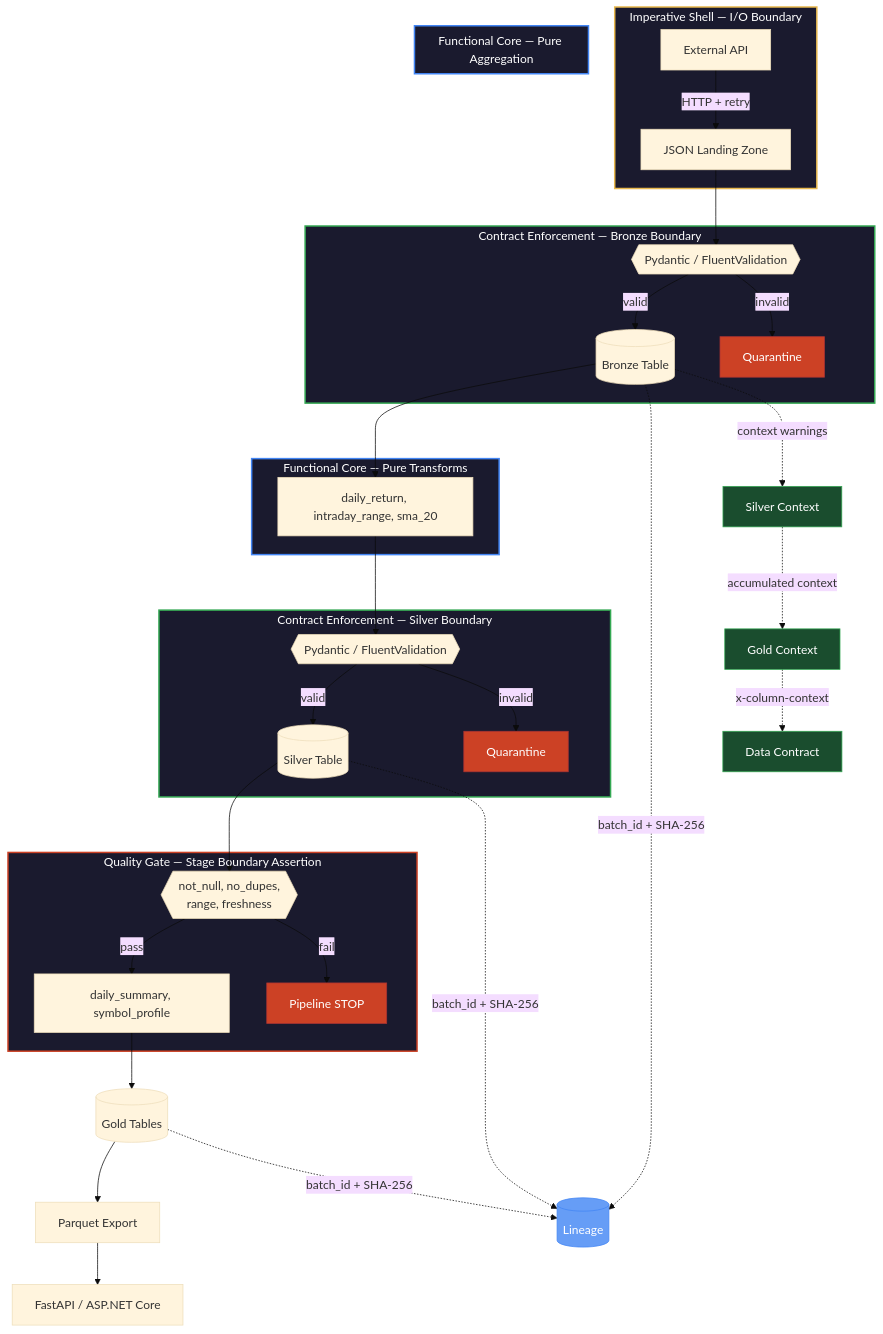
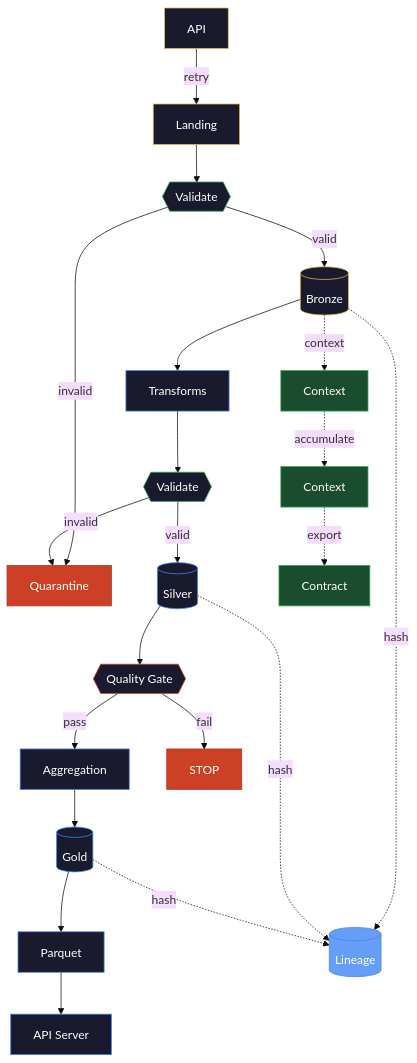
The diagram in content/14-Data-Architecture/Pipeline-Patterns/functional-pipeline-architecture.md (alp78/elysium), drawn with Mermaid (base theme) before and after one commit. The commit also changed 1 other file, not shown here.

Commit message:
Sync Vault

````diff
--- a/content/14-Data-Architecture/Pipeline-Patterns/functional-pipeline-architecture.md
+++ b/content/14-Data-Architecture/Pipeline-Patterns/functional-pipeline-architecture.md
@@ -58,58 +58,44 @@
 ```mermaid
 flowchart TB
-    subgraph FETCH["Imperative Shell — I/O Boundary"]
-        API[External API] -->|HTTP + retry| LAND[JSON Landing Zone]
-    end
+    API[API] -->|retry| LAND[Landing]
+    LAND --> VAL_B{{Validate}}
+    VAL_B -->|valid| BRONZE[(Bronze)]
+    VAL_B -->|invalid| DLQ[Quarantine]
+    BRONZE --> TX[Transforms]
+    TX --> VAL_S{{Validate}}
+    VAL_S -->|valid| SILVER[(Silver)]
+    VAL_S -->|invalid| DLQ
+    SILVER --> QG{{Quality Gate}}
+    QG -->|pass| AGG[Aggregation]
+    QG -->|fail| STOP[STOP]
+    AGG --> GOLD[(Gold)]
+    GOLD --> PQ[Parquet]
+    PQ --> SERVE[API Server]
 
-    subgraph BRONZE_GATE["Contract Enforcement — Bronze Boundary"]
-        LAND --> VAL_B{{"Pydantic / FluentValidation"}}
-        VAL_B -->|valid| BRONZE[(Bronze Table)]
-        VAL_B -->|invalid| DLQ_B[Quarantine]
-    end
+    BRONZE -.->|hash| LIN[(Lineage)]
+    SILVER -.->|hash| LIN
+    GOLD -.->|hash| LIN
 
-    subgraph SILVER_STAGE["Functional Core — Pure Transforms"]
-        BRONZE --> TRANSFORM_S["daily_return, intraday_range, sma_20"]
-    end
+    BRONZE -.->|context| CTX_S[Context]
+    CTX_S -.->|accumulate| CTX_G[Context]
+    CTX_G -.->|export| CON[Contract]
 
-    subgraph SILVER_GATE["Contract Enforcement — Silver Boundary"]
-        TRANSFORM_S --> VAL_S{{"Pydantic / FluentValidation"}}
-        VAL_S -->|valid| SILVER[(Silver Table)]
-        VAL_S -->|invalid| DLQ_S[Quarantine]
-    end
-
-    subgraph QUALITY["Quality Gate — Stage Boundary Assertion"]
-        SILVER --> QG{{"not_null, no_dupes,\nrange, freshness"}}
-        QG -->|pass| TRANSFORM_G
-        QG -->|fail| STOP[Pipeline STOP]
-    end
-
-    subgraph GOLD_STAGE["Functional Core — Pure Aggregation"]
-        TRANSFORM_G["daily_summary, symbol_profile"]
-    end
-
-    TRANSFORM_G --> GOLD[(Gold Tables)]
-    GOLD --> PARQUET[Parquet Export]
-    PARQUET --> SERVE["FastAPI / ASP.NET Core"]
-
-    BRONZE -.->|batch_id + SHA-256| LINEAGE[(Lineage)]
-    SILVER -.->|batch_id + SHA-256| LINEAGE
-    GOLD -.->|batch_id + SHA-256| LINEAGE
-
-    BRONZE -.->|context warnings| CTX_S[Silver Context]
-    CTX_S -.->|accumulated context| CTX_G[Gold Context]
-    CTX_G -.->|x-column-context| CONTRACT[Data Contract]
-
-    style FETCH fill:#1a1a2e,stroke:#e8b84d,stroke-width:2px,color:#fff
-    style BRONZE_GATE fill:#1a1a2e,stroke:#34a853,stroke-width:2px,color:#fff
-    style SILVER_STAGE fill:#1a1a2e,stroke:#4285f4,stroke-width:2px,color:#fff
-    style SILVER_GATE fill:#1a1a2e,stroke:#34a853,stroke-width:2px,color:#fff
-    style QUALITY fill:#1a1a2e,stroke:#cc4125,stroke-width:2px,color:#fff
-    style GOLD_STAGE fill:#1a1a2e,stroke:#4285f4,stroke-width:2px,color:#fff
-    style DLQ_B fill:#cc4125,stroke:#a33,color:#fff
-    style DLQ_S fill:#cc4125,stroke:#a33,color:#fff
+    style API fill:#1a1a2e,stroke:#e8b84d,color:#fff
+    style LAND fill:#1a1a2e,stroke:#e8b84d,color:#fff
+    style VAL_B fill:#1a1a2e,stroke:#34a853,color:#fff
+    style VAL_S fill:#1a1a2e,stroke:#34a853,color:#fff
+    style TX fill:#1a1a2e,stroke:#4285f4,color:#fff
+    style AGG fill:#1a1a2e,stroke:#4285f4,color:#fff
+    style QG fill:#1a1a2e,stroke:#cc4125,color:#fff
+    style BRONZE fill:#1a1a2e,stroke:#e8b84d,color:#fff
+    style SILVER fill:#1a1a2e,stroke:#4285f4,color:#fff
+    style GOLD fill:#1a1a2e,stroke:#4285f4,color:#fff
+    style PQ fill:#1a1a2e,stroke:#4285f4,color:#fff
+    style SERVE fill:#1a1a2e,stroke:#4285f4,color:#fff
+    style DLQ fill:#cc4125,stroke:#a33,color:#fff
     style STOP fill:#cc4125,stroke:#a33,color:#fff
-    style LINEAGE fill:#669df6,stroke:#4285f4,color:#fff
+    style LIN fill:#669df6,stroke:#4285f4,color:#fff
     style CTX_S fill:#1a4d2e,stroke:#34a853,color:#fff
     style CTX_G fill:#1a4d2e,stroke:#34a853,color:#fff
-    style CONTRACT fill:#1a4d2e,stroke:#34a853,color:#fff
+    style CON fill:#1a4d2e,stroke:#34a853,color:#fff
 ```
````
